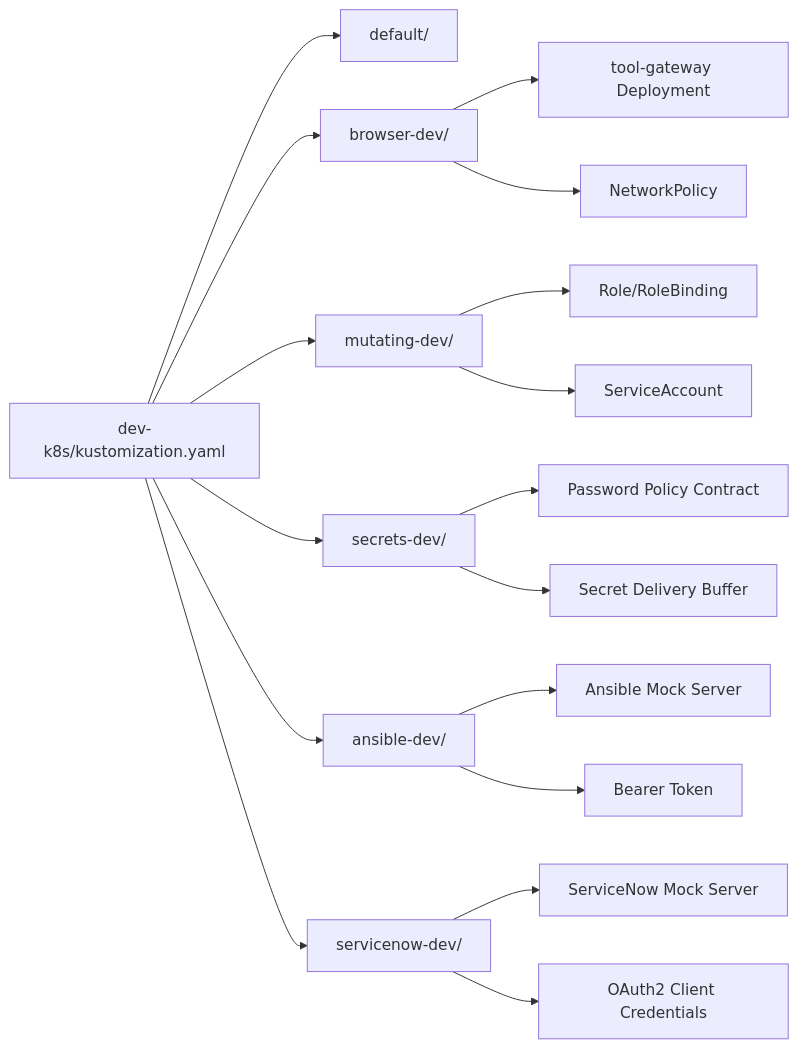
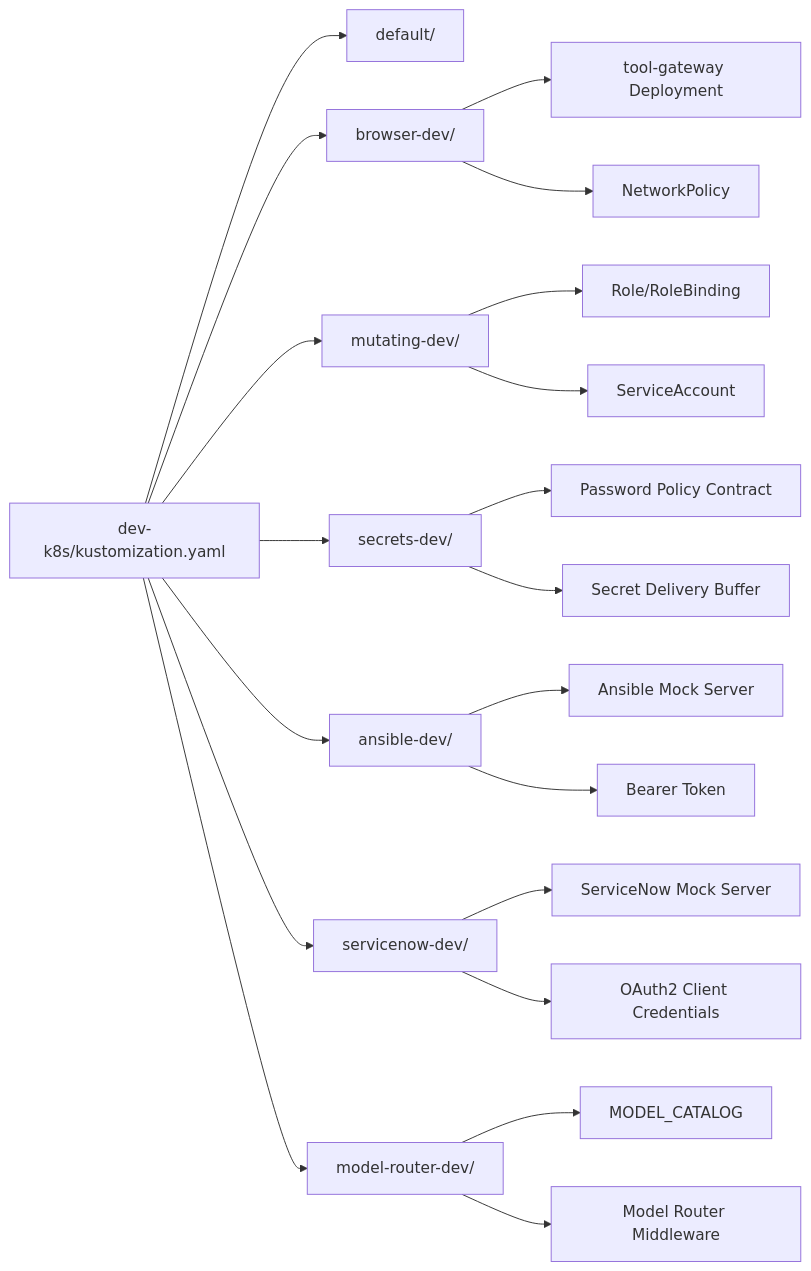
One commit to metasync/luban-aiops changed the tenth of 10 diagrams in .qoder/repowiki/en/content/Deployment and Operations/Kubernetes Deployment/Runtime Profiles.md. Above: the diagram before and after it, drawn with Mermaid. The commit also changed other lines of this file and 23 other files, not shown here.

````diff
--- a/.qoder/repowiki/en/content/Deployment and Operations/Kubernetes Deployment/Runtime Profiles.md
+++ b/.qoder/repowiki/en/content/Deployment and Operations/Kubernetes Deployment/Runtime Profiles.md
@@ -531,36 +591,42 @@
 ```mermaid
 graph LR
 DevK8s["dev-k8s/kustomization.yaml"]
 Def["default/"]
 Br["browser-dev/"]
 Mut["mutating-dev/"]
 Sec["secrets-dev/"]
 Ans["ansible-dev/"]
 Sn["servicenow-dev/"]
+Mr["model-router-dev/"]
 TG["tool-gateway Deployment"]
 NP["NetworkPolicy"]
 RB["Role/RoleBinding"]
 SA["ServiceAccount"]
 PP["Password Policy Contract"]
 DB["Secret Delivery Buffer"]
 MockA["Ansible Mock Server"]
 MockN["ServiceNow Mock Server"]
 OAuth["OAuth2 Client Credentials"]
 BT["Bearer Token"]
+MC["MODEL_CATALOG"]
+MR["Model Router Middleware"]
 DevK8s --> Def
 DevK8s --> Br
 DevK8s --> Mut
 DevK8s --> Sec
 DevK8s --> Ans
 DevK8s --> Sn
+DevK8s --> Mr
 Br --> TG
 Br --> NP
 Mut --> RB
 Mut --> SA
 Sec --> PP
 Sec --> DB
 Ans --> MockA
 Ans --> BT
 Sn --> MockN
 Sn --> OAuth
+Mr --> MC
+Mr --> MR
 ```
````
